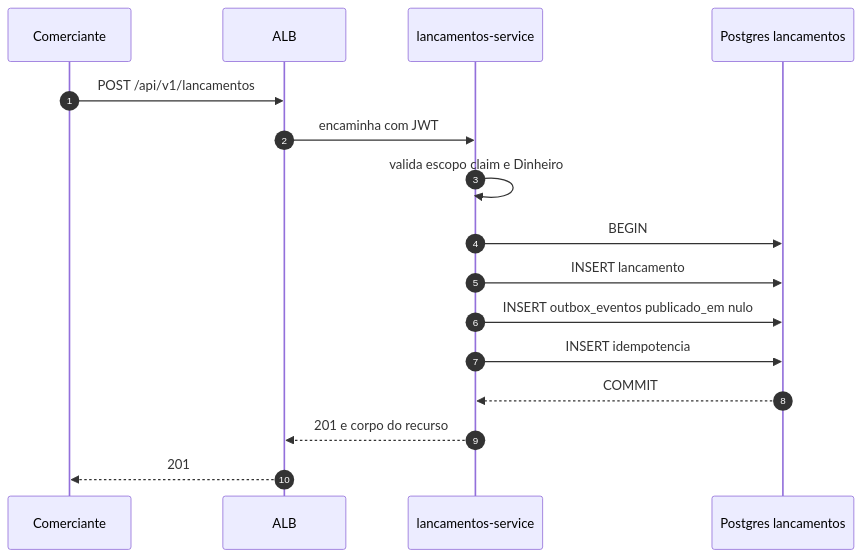
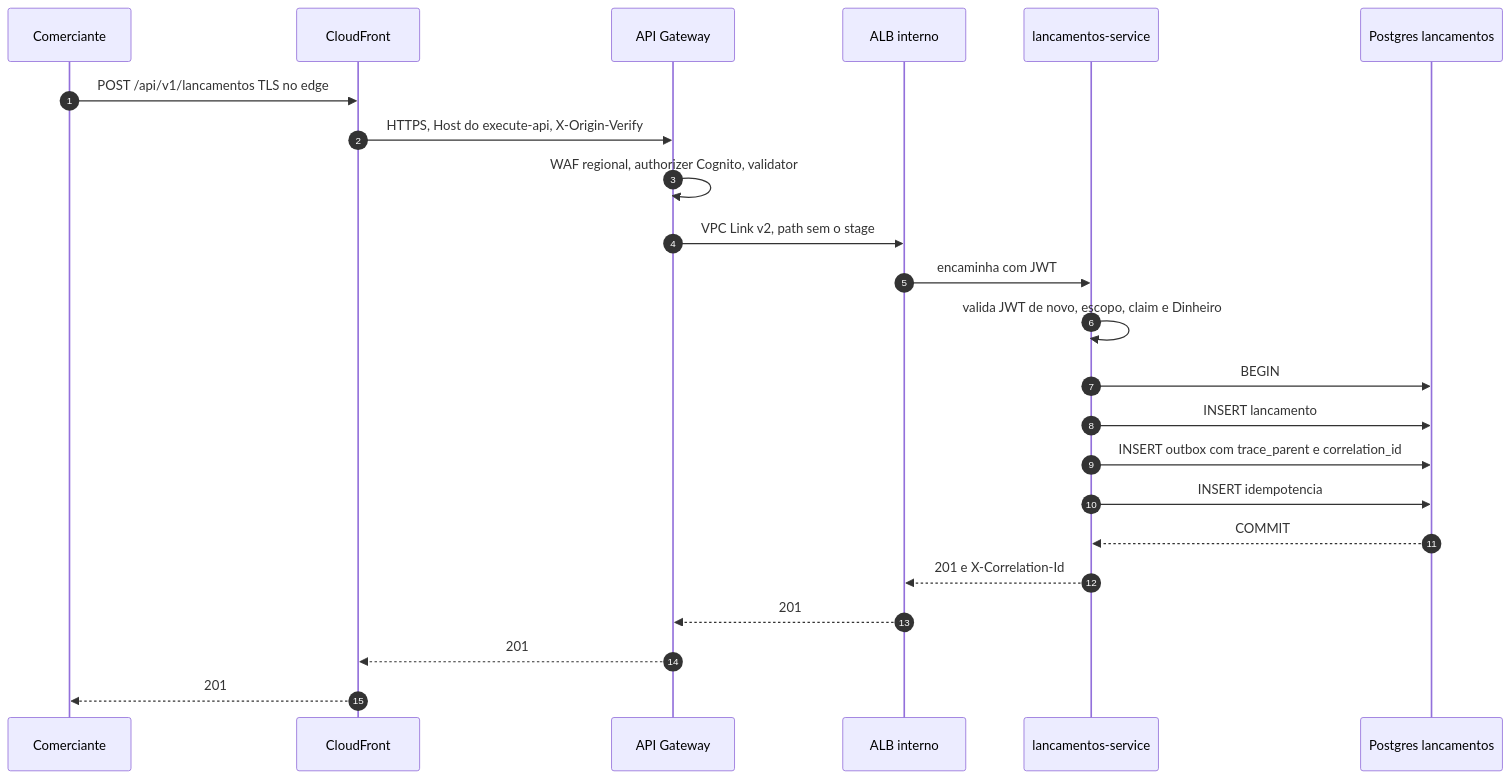
The first of 8 diagrams in docs/03-arquitetura/fluxos-de-dados.md (brunoaquino/fluxo-caixa), drawn with Mermaid before and after one commit. The commit also changed other lines of this file and 278 other files, not shown here.

````diff
--- a/docs/03-arquitetura/fluxos-de-dados.md
+++ b/docs/03-arquitetura/fluxos-de-dados.md
@@ -9,18 +9,25 @@
 ```mermaid
 sequenceDiagram
   autonumber
   participant U as Comerciante
-  participant A as ALB
+  participant CF as CloudFront
+  participant G as API Gateway
+  participant A as ALB interno
   participant L as lancamentos-service
   participant P as Postgres lancamentos
-  U->>A: POST /api/v1/lancamentos
+  U->>CF: POST /api/v1/lancamentos TLS no edge
+  CF->>G: HTTPS, Host do execute-api, X-Origin-Verify
+  G->>G: WAF regional, authorizer Cognito, validator
+  G->>A: VPC Link v2, path sem o stage
   A->>L: encaminha com JWT
-  L->>L: valida escopo claim e Dinheiro
+  L->>L: valida JWT de novo, escopo, claim e Dinheiro
   L->>P: BEGIN
   L->>P: INSERT lancamento
-  L->>P: INSERT outbox_eventos publicado_em nulo
+  L->>P: INSERT outbox com trace_parent e correlation_id
   L->>P: INSERT idempotencia
   P-->>L: COMMIT
-  L-->>A: 201 e corpo do recurso
-  A-->>U: 201
+  L-->>A: 201 e X-Correlation-Id
+  A-->>G: 201
+  G-->>CF: 201
+  CF-->>U: 201
 ```
````
